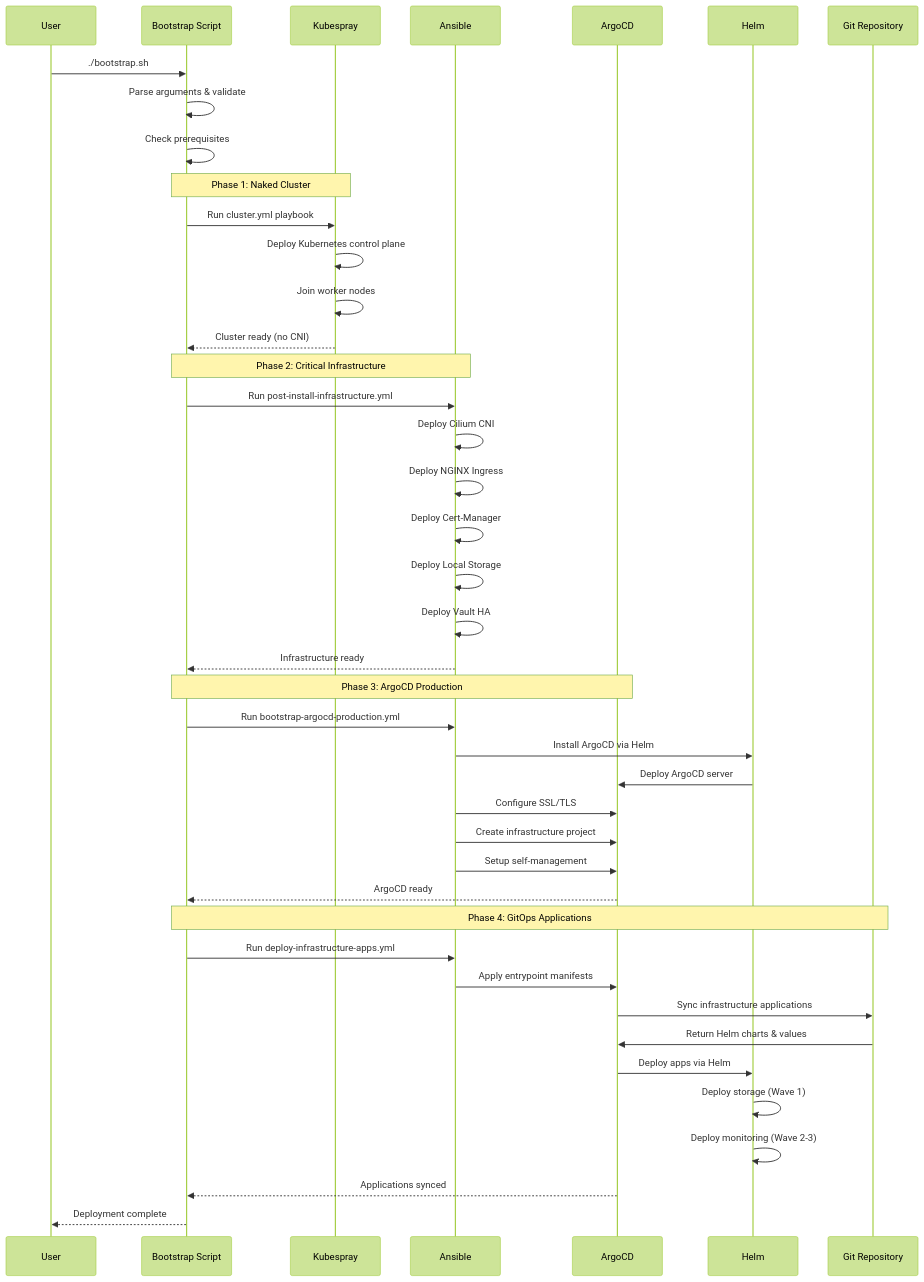
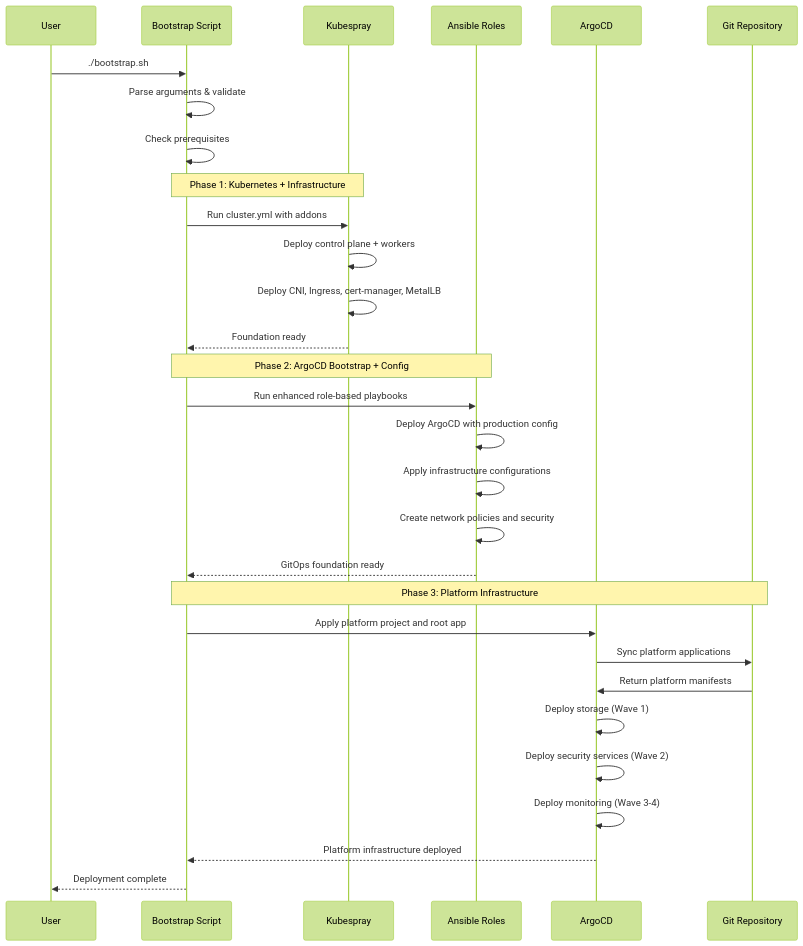
The fifth of 8 diagrams in v0.2.0/README.md (pnow-devsupreme/pn-infra), drawn with Mermaid (forest theme) before and after one commit. The commit also changed other lines of this file and 99 other files, not shown here.

````diff
--- a/v0.2.0/README.md
+++ b/v0.2.0/README.md
@@ -174,50 +191,37 @@
 ```mermaid
 sequenceDiagram
     participant U as User
     participant BS as Bootstrap Script
     participant K as Kubespray
-    participant A as Ansible
+    participant A as Ansible Roles
     participant AC as ArgoCD
-    participant H as Helm
     participant Git as Git Repository
     
     U->>BS: ./bootstrap.sh
     BS->>BS: Parse arguments & validate
     BS->>BS: Check prerequisites
     
-    Note over BS,K: Phase 1: Naked Cluster
-    BS->>K: Run cluster.yml playbook
-    K->>K: Deploy Kubernetes control plane
-    K->>K: Join worker nodes
-    K-->>BS: Cluster ready (no CNI)
+    Note over BS,K: Phase 1: Kubernetes + Infrastructure
+    BS->>K: Run cluster.yml with addons
+    K->>K: Deploy control plane + workers
+    K->>K: Deploy CNI, Ingress, cert-manager, MetalLB
+    K-->>BS: Foundation ready
     
-    Note over BS,A: Phase 2: Critical Infrastructure  
-    BS->>A: Run post-install-infrastructure.yml
-    A->>A: Deploy Cilium CNI
-    A->>A: Deploy NGINX Ingress
-    A->>A: Deploy Cert-Manager
-    A->>A: Deploy Local Storage
-    A->>A: Deploy Vault HA
-    A-->>BS: Infrastructure ready
+    Note over BS,A: Phase 2: ArgoCD Bootstrap + Config
+    BS->>A: Run enhanced role-based playbooks
+    A->>A: Deploy ArgoCD with production config
+    A->>A: Apply infrastructure configurations
+    A->>A: Create network policies and security
+    A-->>BS: GitOps foundation ready
     
-    Note over BS,AC: Phase 3: ArgoCD Production
-    BS->>A: Run bootstrap-argocd-production.yml
-    A->>H: Install ArgoCD via Helm
-    H->>AC: Deploy ArgoCD server
-    A->>AC: Configure SSL/TLS
-    A->>AC: Create infrastructure project
-    A->>AC: Setup self-management
-    AC-->>BS: ArgoCD ready
-    
-    Note over BS,Git: Phase 4: GitOps Applications
-    BS->>A: Run deploy-infrastructure-apps.yml
-    A->>AC: Apply entrypoint manifests
-    AC->>Git: Sync infrastructure applications
-    Git->>AC: Return Helm charts & values
-    AC->>H: Deploy apps via Helm
-    H->>H: Deploy storage (Wave 1)
-    H->>H: Deploy monitoring (Wave 2-3)
-    AC-->>BS: Applications synced
+    Note over BS,Git: Phase 3: Platform Infrastructure
+    BS->>AC: Apply platform project and root app
+    AC->>Git: Sync platform applications
+    Git->>AC: Return platform manifests
+    AC->>AC: Deploy storage (Wave 1)
+    AC->>AC: Deploy security services (Wave 2)
+    AC->>AC: Deploy monitoring (Wave 3-4)
+    AC-->>BS: Platform infrastructure deployed
     
     BS-->>U: Deployment complete
 ```
````
